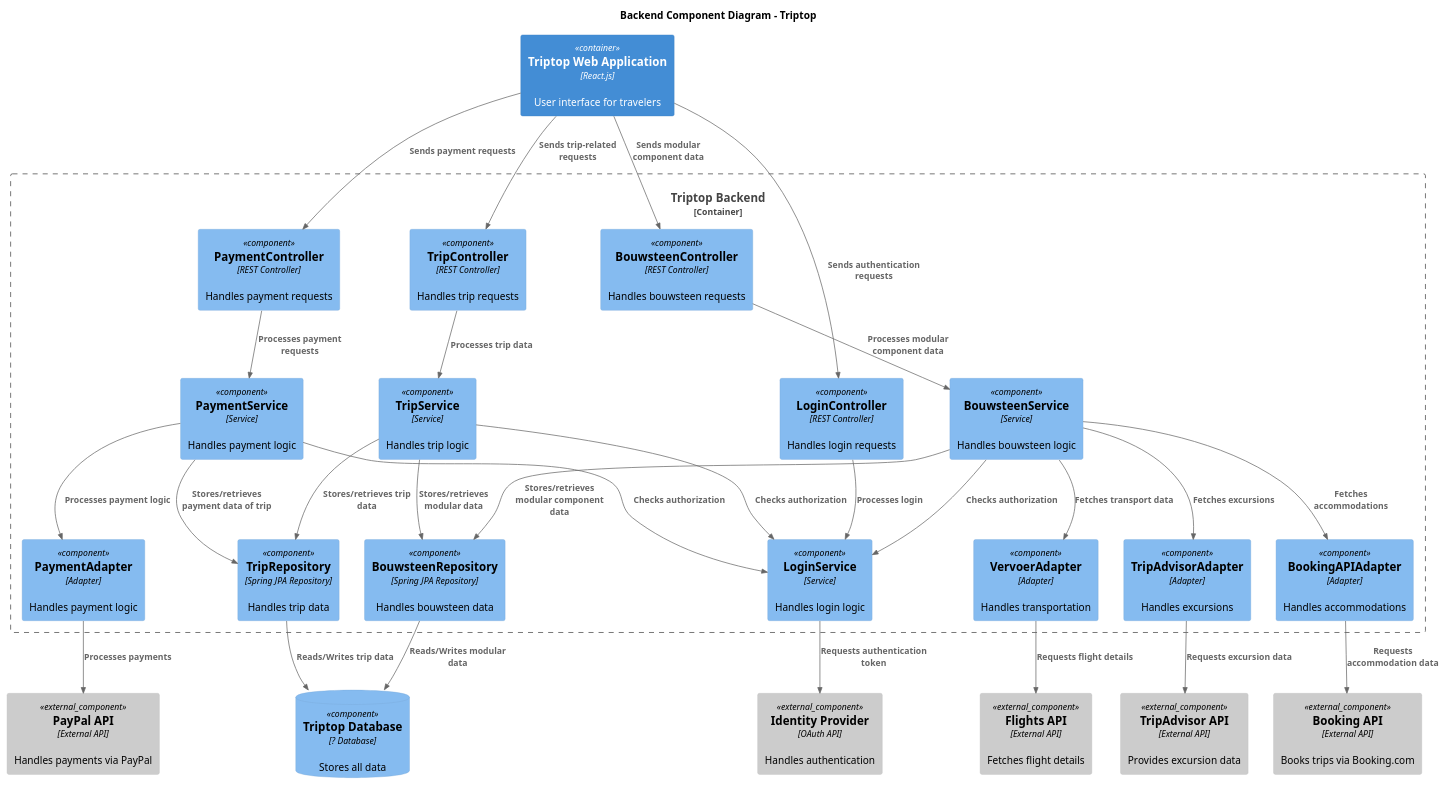
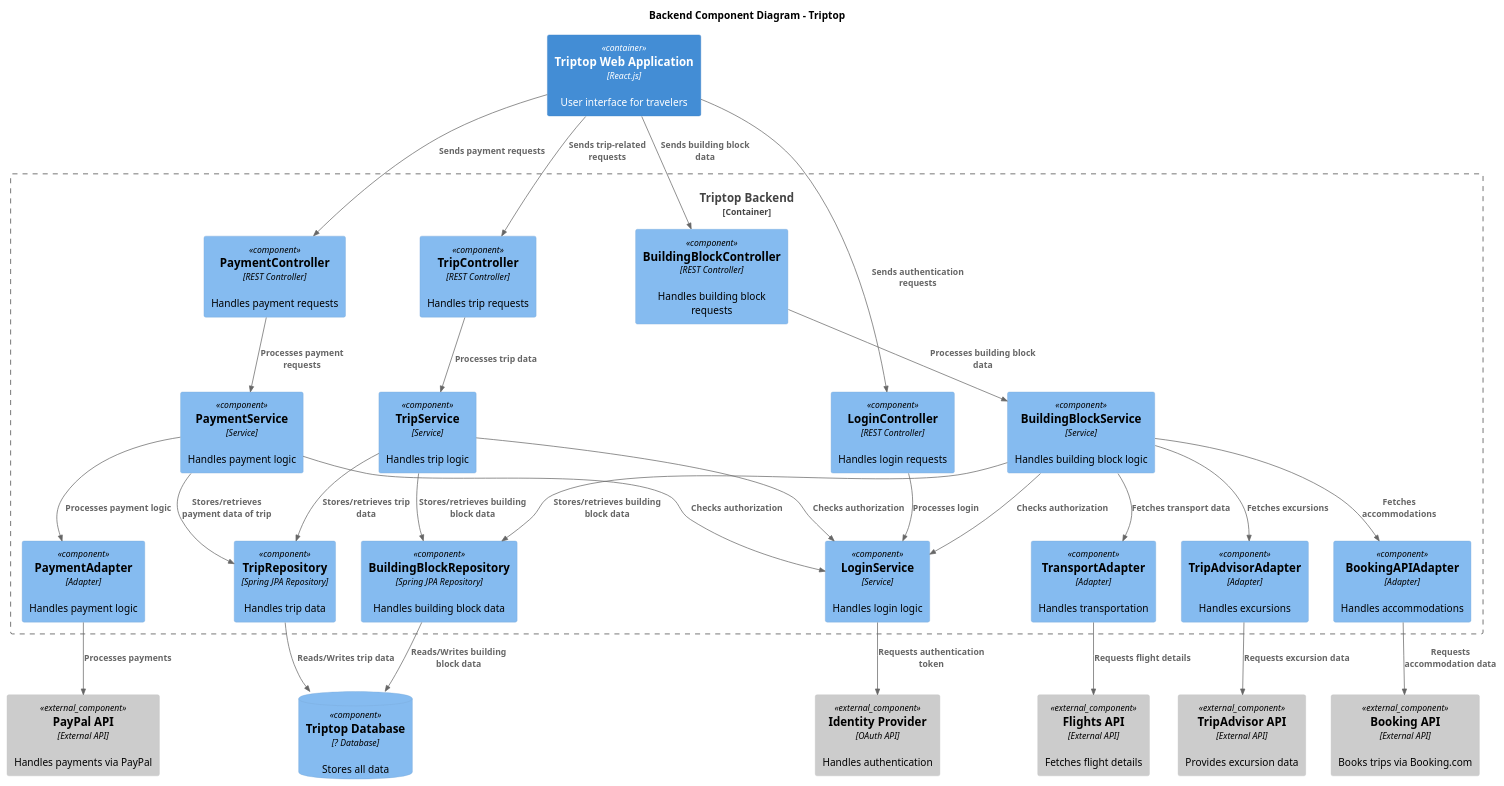
The diagram in Week2/Presentatie/component-diagrammen/component-diagram-backend.puml (AIM-ENE-feb25/triptop-inshallahboys), drawn with PlantUML before and after one commit.

Commit message:
Update component-diagram-backend.puml
alles naar engels evranderd

```diff
--- a/Week2/Presentatie/component-diagrammen/component-diagram-backend.puml
+++ b/Week2/Presentatie/component-diagrammen/component-diagram-backend.puml
@@ -1,79 +1,79 @@
 @startuml
 !include https://raw.githubusercontent.com/plantuml-stdlib/C4-PlantUML/master/C4_Component.puml
 
 title Backend Component Diagram - Triptop
 
 Container_Boundary(backend, "Triptop Backend") {
 
     ' Payment systems
     Component(paymentController, "PaymentController", "REST Controller", "Handles payment requests")
     Component(paymentService, "PaymentService", "Service", "Handles payment logic")
     Component(paymentAdapter, "PaymentAdapter", "Adapter", "Handles payment logic")
 
     ' Login System
     Component(loginController, "LoginController", "REST Controller", "Handles login requests")
     Component(loginService, "LoginService", "Service", "Handles login logic")
 
     ' Trip Management
     Component(tripController, "TripController", "REST Controller", "Handles trip requests")
     Component(tripService, "TripService", "Service", "Handles trip logic")
     Component(tripRepository, "TripRepository", "Spring JPA Repository", "Handles trip data")
 
-    ' Modular Components (Bouwstenen)
-    Component(bouwsteenController, "BouwsteenController", "REST Controller", "Handles bouwsteen requests")
-    Component(bouwsteenService, "BouwsteenService", "Service", "Handles bouwsteen logic")
-    Component(bouwsteenRepository, "BouwsteenRepository", "Spring JPA Repository", "Handles bouwsteen data")
+    ' Modular Components (Building Blocks)
+    Component(buildingBlockController, "BuildingBlockController", "REST Controller", "Handles building block requests")
+    Component(buildingBlockService, "BuildingBlockService", "Service", "Handles building block logic")
+    Component(buildingBlockRepository, "BuildingBlockRepository", "Spring JPA Repository", "Handles building block data")
 
     ' External API Adapters
     Component(tripAdvisorAdapter, "TripAdvisorAdapter", "Adapter", "Handles excursions")
     Component(bookingAPIAdapter, "BookingAPIAdapter", "Adapter", "Handles accommodations")
-    Component(vervoerAdapter, "VervoerAdapter", "Adapter", "Handles transportation")
+    Component(transportAdapter, "TransportAdapter", "Adapter", "Handles transportation")
 }
 
 ' Frontend
 Container(webApp, "Triptop Web Application", "React.js", "User interface for travelers")
 
 ' External Systems & Database
 ComponentDb(database, "Triptop Database", "? Database", "Stores all data")
 Component_Ext(identityProvider, "Identity Provider", "OAuth API", "Handles authentication")
 Component_Ext(bookingAPI, "Booking API", "External API", "Books trips via Booking.com")
 Component_Ext(tripAdvisor, "TripAdvisor API", "External API", "Provides excursion data")
 Component_Ext(flightsAPI, "Flights API", "External API", "Fetches flight details")
 Component_Ext(paypalAPI, "PayPal API", "External API", "Handles payments via PayPal")
 
 ' Relationships
 Rel(webApp, loginController, "Sends authentication requests")
 Rel(webApp, tripController, "Sends trip-related requests")
-Rel(webApp, bouwsteenController, "Sends modular component data")
+Rel(webApp, buildingBlockController, "Sends building block data")
 Rel(webApp, paymentController, "Sends payment requests")
 
 Rel(loginController, loginService, "Processes login")
 Rel(loginService, identityProvider, "Requests authentication token")
 
 Rel(tripController, tripService, "Processes trip data")
 Rel(tripService, tripRepository, "Stores/retrieves trip data")
-Rel(tripService, bouwsteenRepository, "Stores/retrieves modular data")
+Rel(tripService, buildingBlockRepository, "Stores/retrieves building block data")
 Rel(tripService, loginService, "Checks authorization")
 
-Rel(bouwsteenController, bouwsteenService, "Processes modular component data")
-Rel(bouwsteenService, bouwsteenRepository, "Stores/retrieves modular component data")
-Rel(bouwsteenService, loginService, "Checks authorization")
+Rel(buildingBlockController, buildingBlockService, "Processes building block data")
+Rel(buildingBlockService, buildingBlockRepository, "Stores/retrieves building block data")
+Rel(buildingBlockService, loginService, "Checks authorization")
 
-Rel(bouwsteenService, tripAdvisorAdapter, "Fetches excursions")
-Rel(bouwsteenService, bookingAPIAdapter, "Fetches accommodations")
-Rel(bouwsteenService, vervoerAdapter, "Fetches transport data")
+Rel(buildingBlockService, tripAdvisorAdapter, "Fetches excursions")
+Rel(buildingBlockService, bookingAPIAdapter, "Fetches accommodations")
+Rel(buildingBlockService, transportAdapter, "Fetches transport data")
 
 Rel(tripRepository, database, "Reads/Writes trip data")
-Rel(bouwsteenRepository, database, "Reads/Writes modular data")
+Rel(buildingBlockRepository, database, "Reads/Writes building block data")
 
 Rel(tripAdvisorAdapter, tripAdvisor, "Requests excursion data")
 Rel(bookingAPIAdapter, bookingAPI, "Requests accommodation data")
-Rel(vervoerAdapter, flightsAPI, "Requests flight details")
+Rel(transportAdapter, flightsAPI, "Requests flight details")
 
 Rel(paymentController, paymentService, "Processes payment requests")
 Rel(paymentService, paymentAdapter, "Processes payment logic")
 Rel(paymentService, tripRepository, "Stores/retrieves payment data of trip")
 Rel(paymentService, loginService, "Checks authorization")
 Rel(paymentAdapter, paypalAPI, "Processes payments")
 
 @enduml
```
